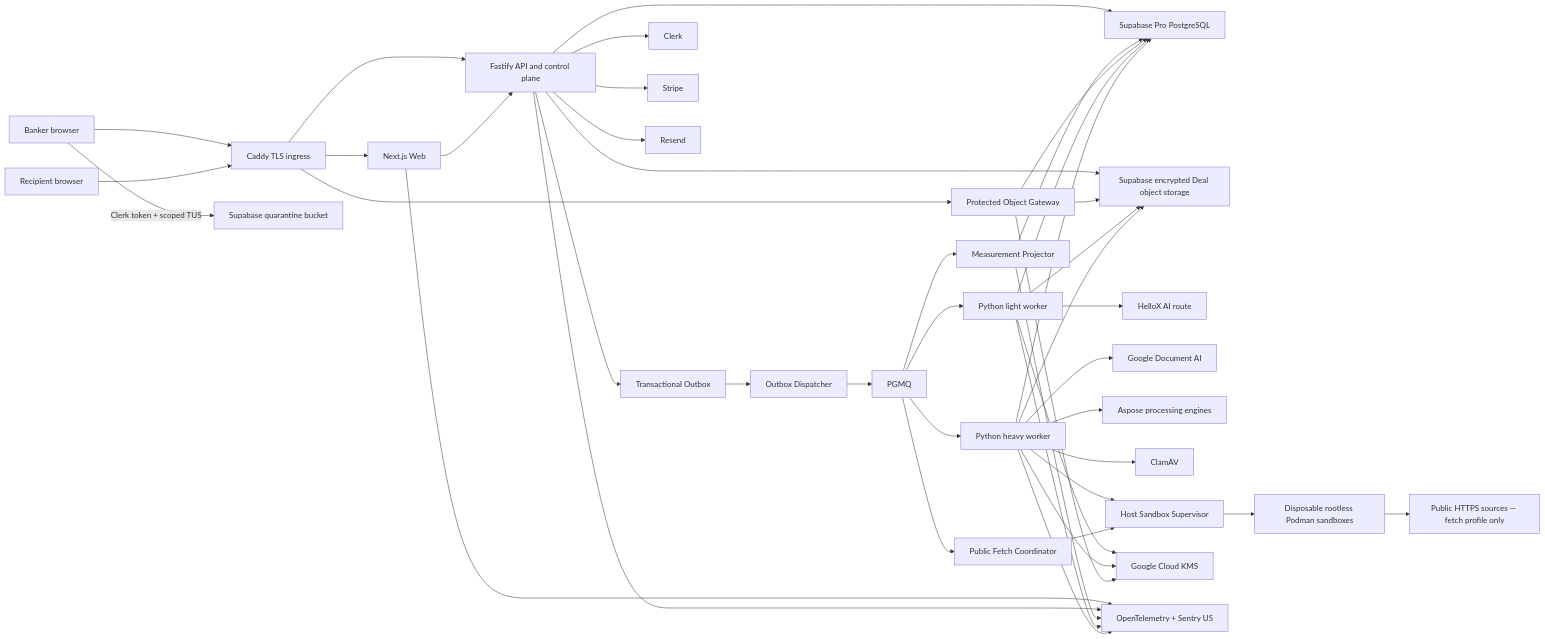
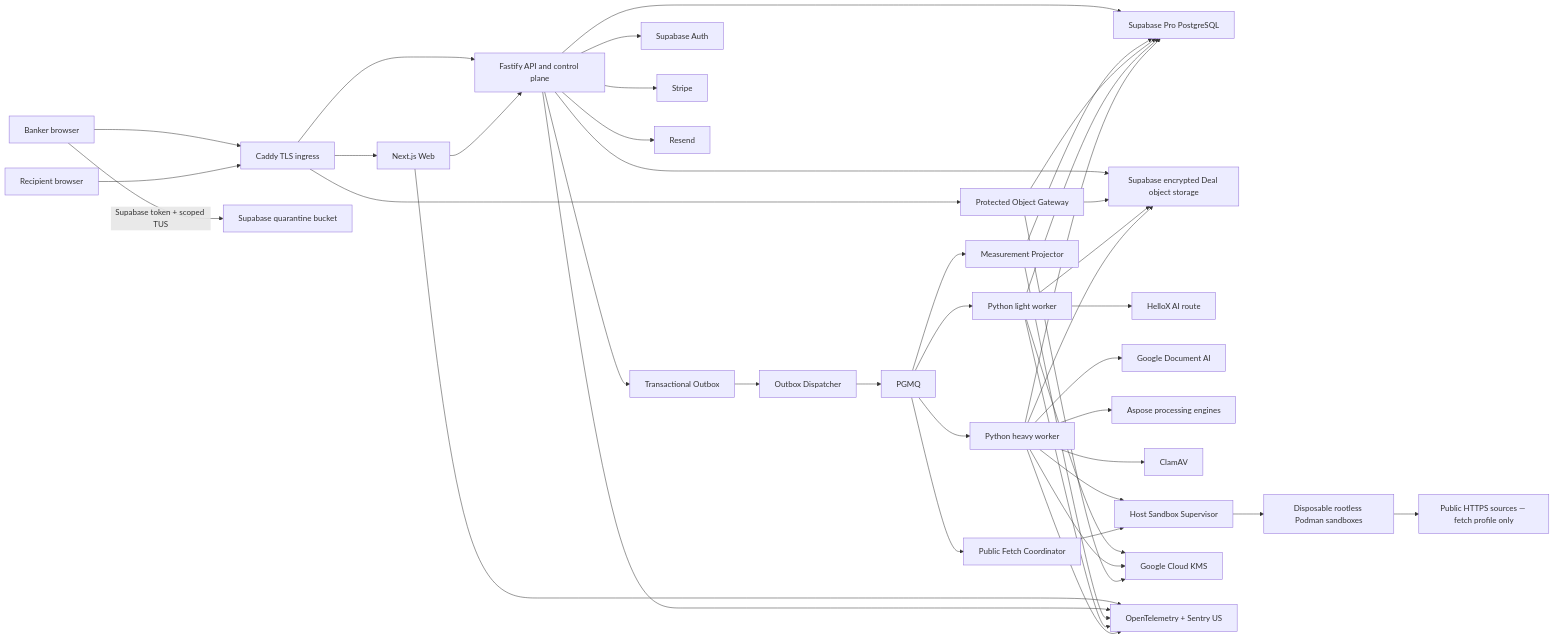
The first of 3 diagrams in docs/technical/technical-design.md (lucien0229/InvestmentBanking), drawn with Mermaid before and after one commit. The commit also changed other lines of this file and 14 other files, not shown here.

Commit message:
docs: adopt Supabase Auth for V1

```diff
--- a/docs/technical/technical-design.md
+++ b/docs/technical/technical-design.md
@@ -95,52 +95,52 @@
 ~~~mermaid
 flowchart LR
     B["Banker browser"] --> C["Caddy TLS ingress"]
     R["Recipient browser"] --> C
     C --> W["Next.js Web"]
     C --> A["Fastify API and control plane"]
     C --> G["Protected Object Gateway"]
 
-    B -->|"Clerk token + scoped TUS"| QS["Supabase quarantine bucket"]
+    B -->|"Supabase token + scoped TUS"| QS["Supabase quarantine bucket"]
 
     W --> A
     A --> DB["Supabase Pro PostgreSQL"]
     A --> ST["Supabase encrypted Deal object storage"]
     A --> OB["Transactional Outbox"]
     OB --> D["Outbox Dispatcher"]
     D --> Q["PGMQ"]
 
     Q --> MP["Measurement Projector"]
     Q --> LW["Python light worker"]
     Q --> HW["Python heavy worker"]
     Q --> PF["Public Fetch Coordinator"]
     MP --> DB
 
     LW --> HX["HelloX AI route"]
     HW --> GDAI["Google Document AI"]
     HW --> ASP["Aspose processing engines"]
     HW --> AV["ClamAV"]
     HW --> SS["Host Sandbox Supervisor"]
     PF --> SS
     SS --> SBX["Disposable rootless Podman sandboxes"]
     SBX --> PUB["Public HTTPS sources — fetch profile only"]
 
     LW --> KMS["Google Cloud KMS"]
     HW --> KMS
     G --> KMS
     G --> ST
     G --> DB
     LW --> ST
     HW --> ST
     LW --> DB
     HW --> DB
 
-    A --> CL["Clerk"]
+    A --> SA["Supabase Auth"]
     A --> STR["Stripe"]
     A --> RE["Resend"]
 
     W --> OT["OpenTelemetry + Sentry US"]
     A --> OT
     MP --> OT
     LW --> OT
     HW --> OT
 ~~~
```
